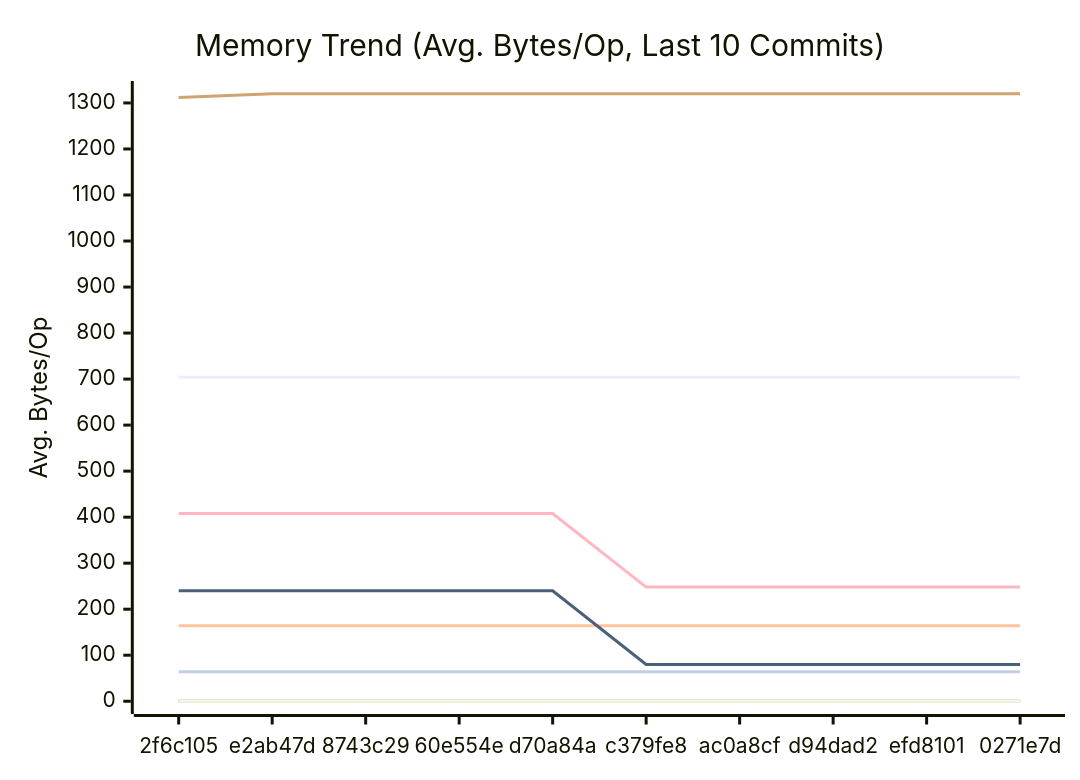
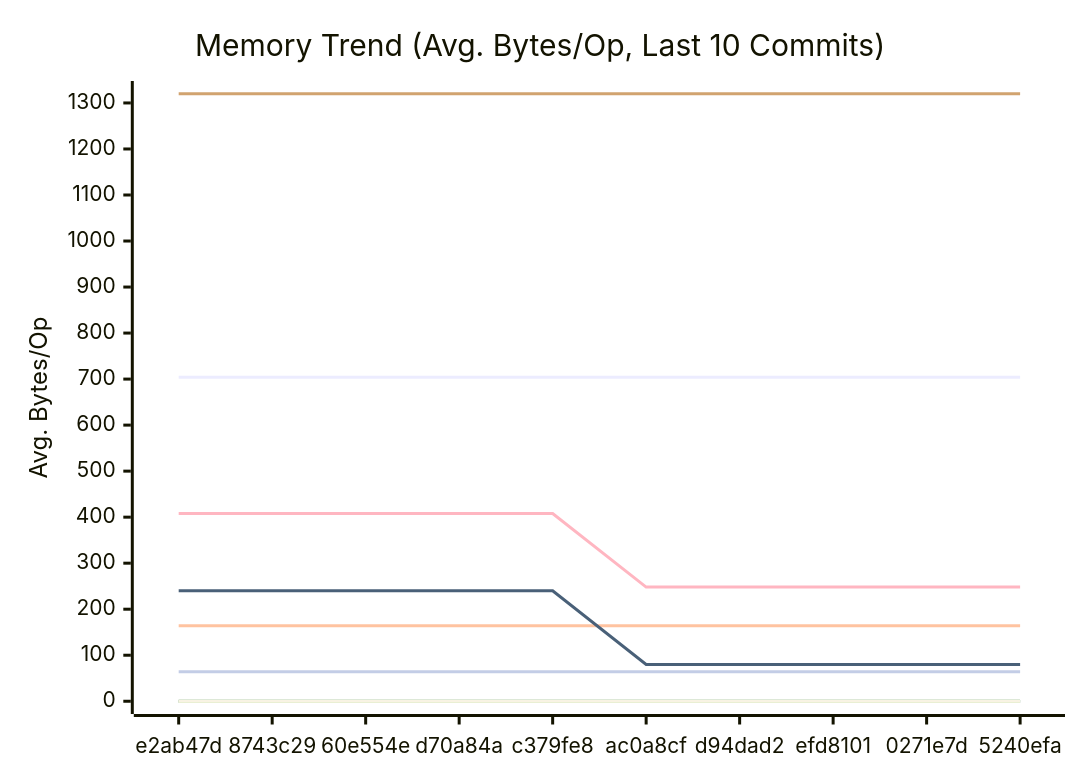
One commit to alsotoes/momo changed the second of 3 diagrams in docs/PERFORMANCE.md. Above: the diagram before and after it, drawn with Mermaid. The commit also changed other lines of this file and 3 other files, not shown here.

````diff
--- a/docs/PERFORMANCE.md
+++ b/docs/PERFORMANCE.md
@@ -152,18 +152,18 @@
 ```mermaid
 xychart-beta
     title "Memory Trend (Avg. Bytes/Op, Last 10 Commits)"
     x-axis "Commit"
     y-axis "Avg. Bytes/Op"
-    x-axis [2f6c105,e2ab47d,8743c29,60e554e,d70a84a,c379fe8,ac0a8cf,d94dad2,efd8101,0271e7d]
+    x-axis [e2ab47d,8743c29,60e554e,d70a84a,c379fe8,ac0a8cf,d94dad2,efd8101,0271e7d,5240efa]
     line "CheckMetricsAndSwap" [0,0,0,0,0,0,0,0,0,0]
     line "CrushOptimized" [0,0,0,0,0,0,0,0,0,0]
     line "CrushOriginal" [164,164,164,164,164,164,164,164,164,164]
     line "IndexDirectTracking" [0,0,0,0,0,0,0,0,0,0]
     line "IndexSearch" [0,0,0,0,0,0,0,0,0,0]
-    line "LoadGlobalConfig" [1312,1320,1320,1320,1320,1320,1320,1320,1320,1320]
+    line "LoadGlobalConfig" [1320,1320,1320,1320,1320,1320,1320,1320,1320,1320]
     line "PadString" [64,64,64,64,64,64,64,64,64,64]
     line "ParseReplicationOrder_NoPrealloc" [408,408,408,408,408,248,248,248,248,248]
     line "ParseReplicationOrder_Prealloc" [240,240,240,240,240,80,80,80,80,80]
     line "SanitizeLog/Safe" [0,0,0,0,0,0,0,0,0,0]
     line "SanitizeLog/Unsafe" [704,704,704,704,704,704,704,704,704,704]
 ```
````
